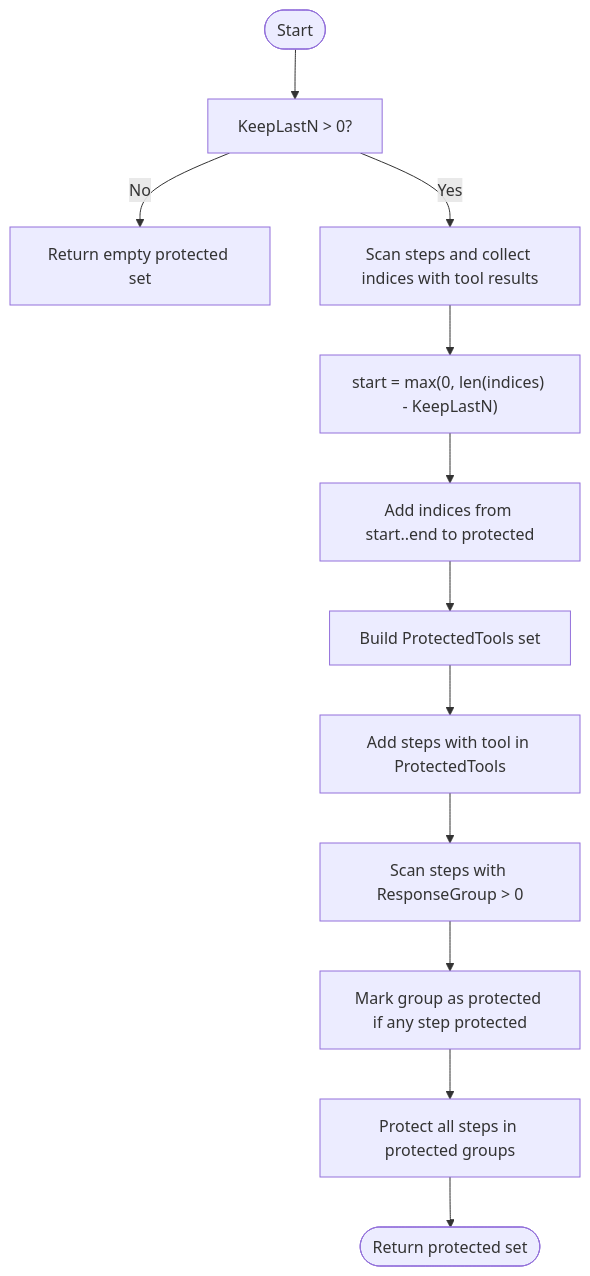
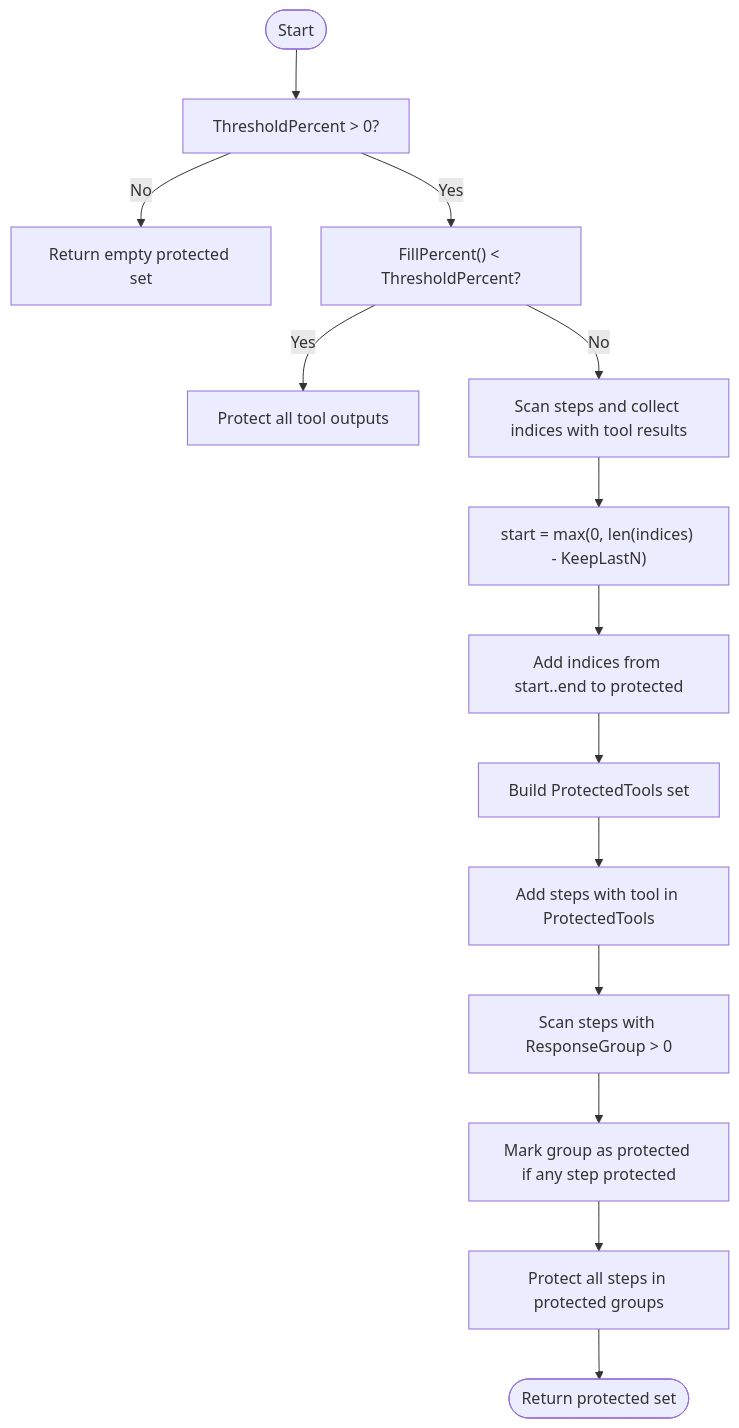
The fourth of 5 diagrams in .qoder/repowiki/en/content/Memory and Context Management/Tool Output Pruning.md (v0lka/c0wrk), drawn with Mermaid before and after one commit. The commit also changed other lines of this file and 49 other files, not shown here.

````diff
--- a/.qoder/repowiki/en/content/Memory and Context Management/Tool Output Pruning.md
+++ b/.qoder/repowiki/en/content/Memory and Context Management/Tool Output Pruning.md
@@ -140,14 +223,16 @@
 ```mermaid
 flowchart TD
-Start(["Start"]) --> CheckN["KeepLastN > 0?"]
-CheckN --> |No| ReturnEmpty["Return empty protected set"]
-CheckN --> |Yes| Scan["Scan steps and collect indices with tool results"]
+Start(["Start"]) --> CheckThreshold["ThresholdPercent > 0?"]
+CheckThreshold --> |No| ReturnEmpty["Return empty protected set"]
+CheckThreshold --> |Yes| CheckFill["FillPercent() < ThresholdPercent?"]
+CheckFill --> |Yes| ProtectAll["Protect all tool outputs"]
+CheckFill --> |No| Scan["Scan steps and collect indices with tool results"]
 Scan --> ComputeStart["start = max(0, len(indices) - KeepLastN)"]
 ComputeStart --> ProtectLastN["Add indices from start..end to protected"]
 ProtectLastN --> BuildToolSet["Build ProtectedTools set"]
 BuildToolSet --> ProtectByName["Add steps with tool in ProtectedTools"]
 ProtectByName --> GroupPass["Scan steps with ResponseGroup > 0"]
 GroupPass --> MarkProtected["Mark group as protected if any step protected"]
 MarkProtected --> ProtectGroup["Protect all steps in protected groups"]
 ProtectGroup --> End(["Return protected set"])
 ```
````
